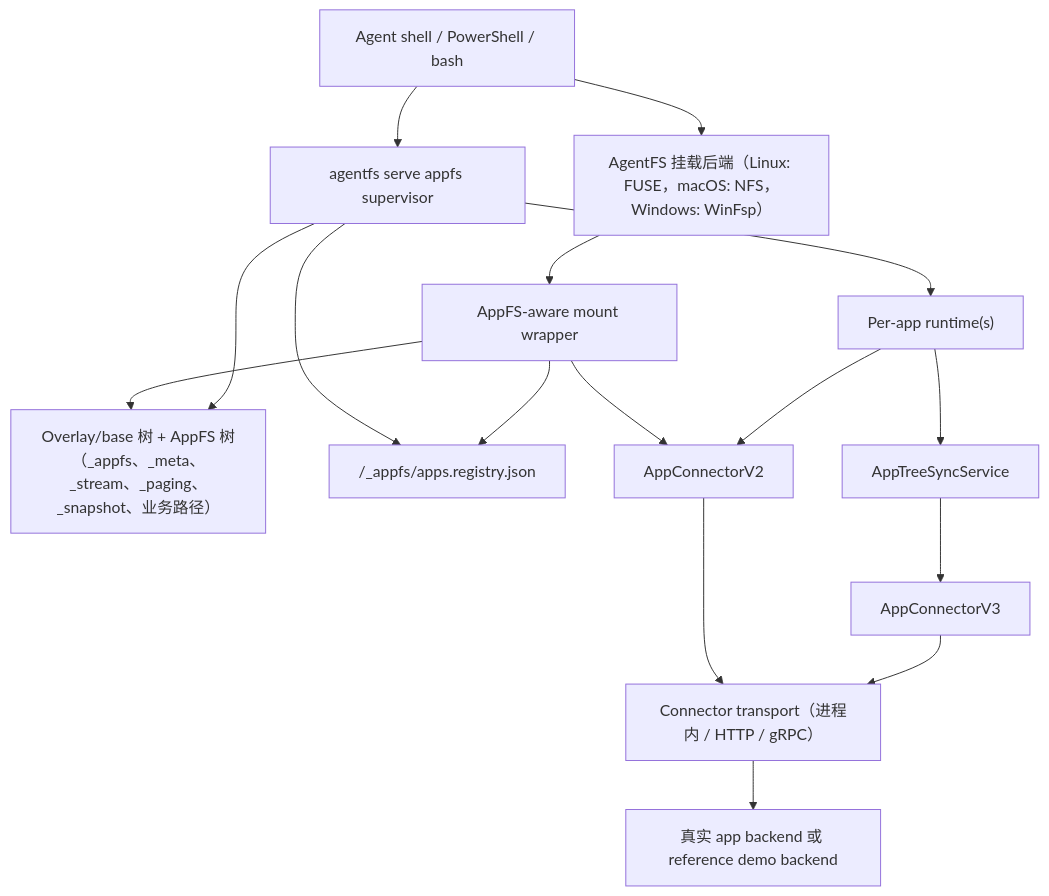
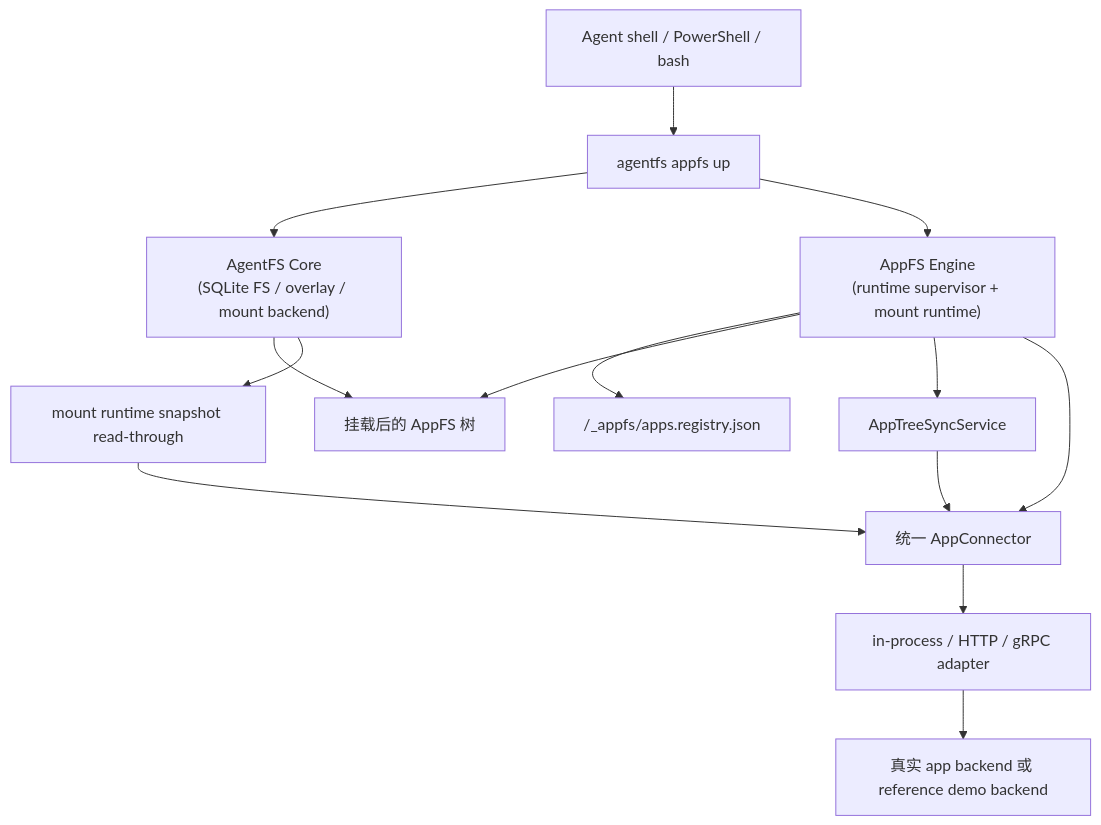
Before and after one commit to esp3j0/appfs-platform: the diagram in README.zh-CN.md, drawn with Mermaid. The commit also changed other lines of this file and 24 other files, not shown here.

First line of the commit message:
appfs: close managed-first runtime architecture (#116)

````diff
--- a/README.zh-CN.md
+++ b/README.zh-CN.md
@@ -318,21 +217,16 @@
 ```mermaid
 flowchart TD
-    A["Agent shell / PowerShell / bash"] --> B["AgentFS 挂载后端（Linux: FUSE，macOS: NFS，Windows: WinFsp）"]
-    B --> C["AppFS-aware mount wrapper"]
-    C --> D["Overlay/base 树 + AppFS 树（_appfs、_meta、_stream、_paging、_snapshot、业务路径）"]
-    A --> E["agentfs serve appfs supervisor"]
-    E --> D
-    E --> F["/_appfs/apps.registry.json"]
-    C --> F
-
-    E --> G["Per-app runtime(s)"]
-    G --> H["AppTreeSyncService"]
-
-    C --> I["AppConnectorV2"]
-    G --> I
-    H --> J["AppConnectorV3"]
-
-    I --> K["Connector transport（进程内 / HTTP / gRPC）"]
-    J --> K
-    K --> L["真实 app backend 或 reference demo backend"]
+    A["Agent shell / PowerShell / bash"] --> B["agentfs appfs up"]
+    B --> C["AgentFS Core\n(SQLite FS / overlay / mount backend)"]
+    B --> D["AppFS Engine\n(runtime supervisor + mount runtime)"]
+    D --> E["/_appfs/apps.registry.json"]
+    C --> F["挂载后的 AppFS 树"]
+    D --> F
+    D --> G["AppTreeSyncService"]
+    D --> H["统一 AppConnector"]
+    C --> I["mount runtime snapshot read-through"]
+    I --> H
+    G --> H
+    H --> J["in-process / HTTP / gRPC adapter"]
+    J --> K["真实 app backend 或 reference demo backend"]
 ```
````
